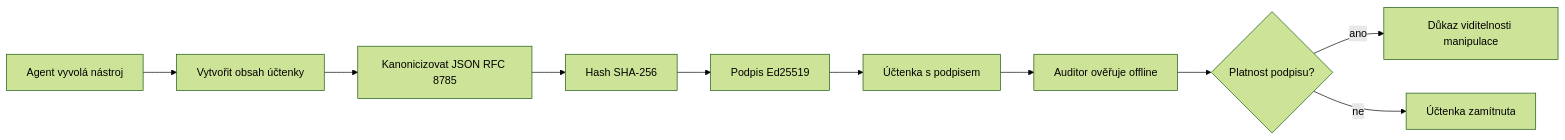
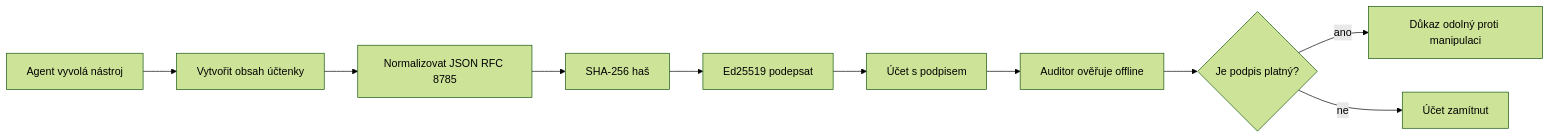
The first of 2 diagrams in mirrors/repos/microsoft@ai-agents-for-beginners/translations/cs/18-securing-ai-agents/README.md (gabrielmoreira/agent-skills-mirror), drawn with Mermaid (forest theme) before and after one commit. The commit also changed other lines of this file and 2285 other files, not shown here.

````diff
--- a/mirrors/repos/microsoft@ai-agents-for-beginners/translations/cs/18-securing-ai-agents/README.md
+++ b/mirrors/repos/microsoft@ai-agents-for-beginners/translations/cs/18-securing-ai-agents/README.md
@@ -51,12 +51,12 @@
 ```mermaid
 flowchart LR
     A[Agent vyvolá nástroj] --> B[Vytvořit obsah účtenky]
-    B --> C[Kanonicizovat JSON RFC 8785]
-    C --> D[Hash SHA-256]
-    D --> E[Podpis Ed25519]
-    E --> F[Účtenka s podpisem]
+    B --> C[Normalizovat JSON RFC 8785]
+    C --> D[SHA-256 haš]
+    D --> E[Ed25519 podepsat]
+    E --> F[Účet s podpisem]
     F --> G[Auditor ověřuje offline]
-    G --> H{Platnost podpisu?}
-    H -- ano --> I[Důkaz viditelnosti manipulace]
-    H -- ne --> J[Účtenka zamítnuta]
+    G --> H{Je podpis platný?}
+    H -- ano --> I[Důkaz odolný proti manipulaci]
+    H -- ne --> J[Účet zamítnut]
 ```
````
